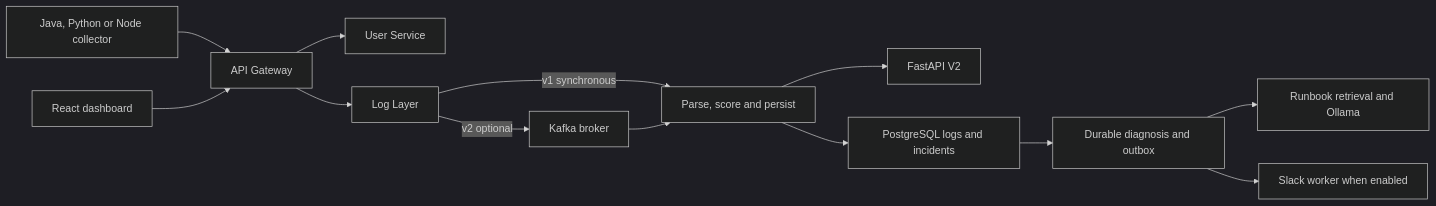
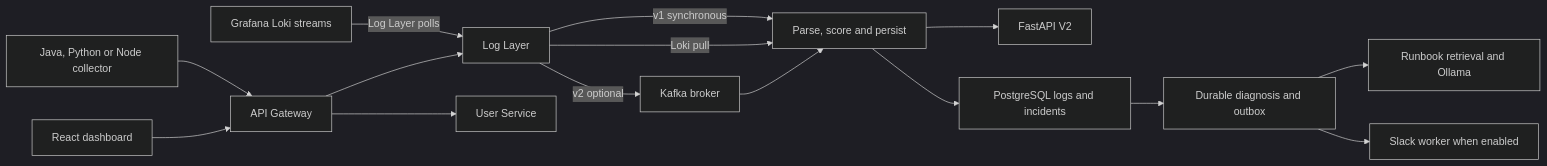
The diagram in README.md (aditya26612/AI-Powered-DevOps-Log-Analyzer-Incident-Assistant), drawn with Mermaid (dark theme) before and after one commit. The commit also changed other lines of this file and 22 other files, not shown here.

First line of the commit message:
feat(log-ingestion): add owner-managed Grafana Loki sources

````diff
--- a/README.md
+++ b/README.md
@@ -9,15 +9,17 @@
 ```mermaid
 flowchart LR
     C["Java, Python or Node collector"] --> G["API Gateway"]
+    X["Grafana Loki streams"] -->|"Log Layer polls"| L
     U["React dashboard"] --> G
     G --> A["User Service"]
     G --> L["Log Layer"]
     L -->|"v1 synchronous"| P["Parse, score and persist"]
+    L -->|"Loki pull"| P
     L -->|"v2 optional"| K["Kafka broker"]
     K --> P
     P --> M["FastAPI V2"]
     P --> D["PostgreSQL logs and incidents"]
     D --> J["Durable diagnosis and outbox"]
     J --> O["Runbook retrieval and Ollama"]
     J --> S["Slack worker when enabled"]
 ```
````
